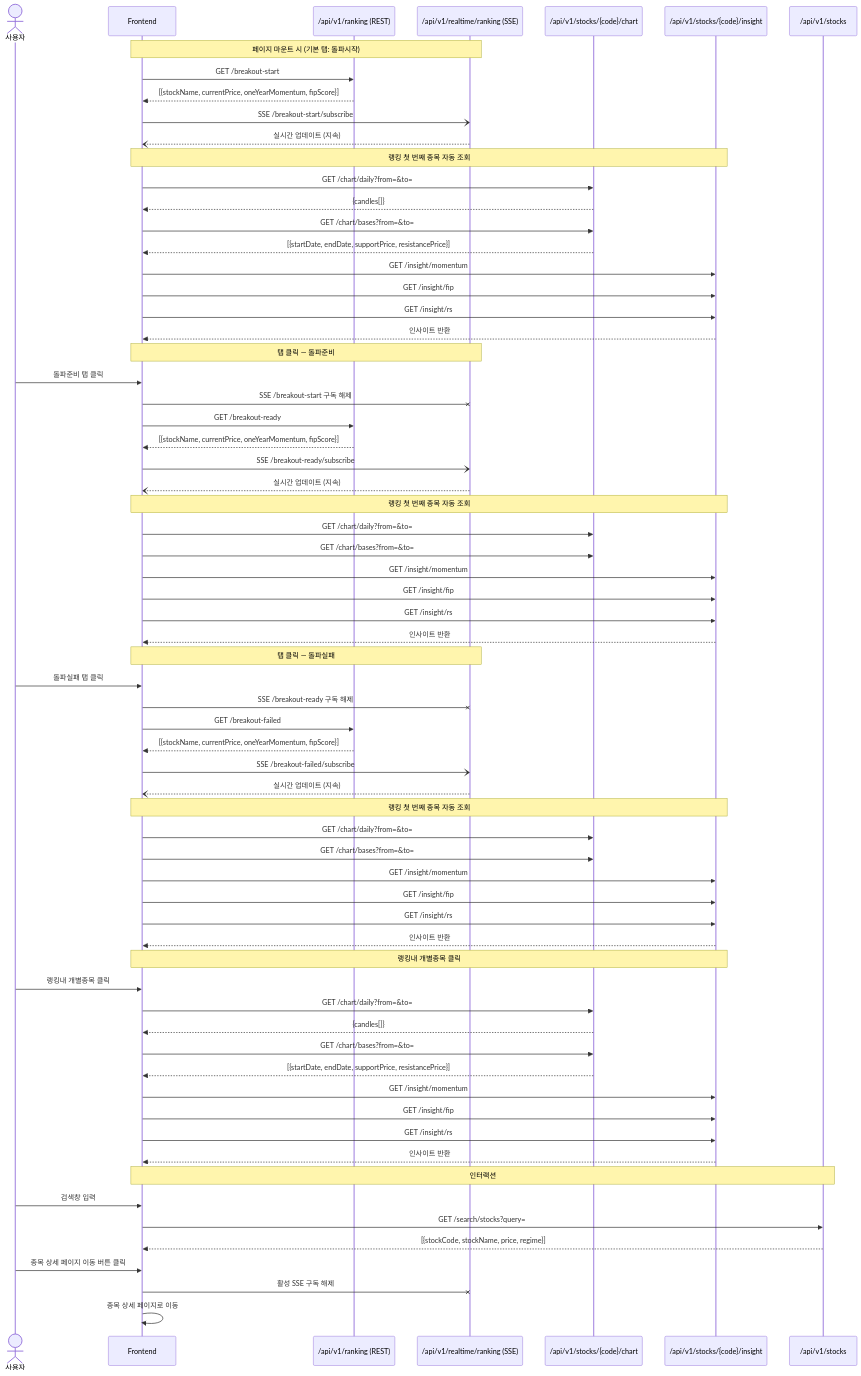
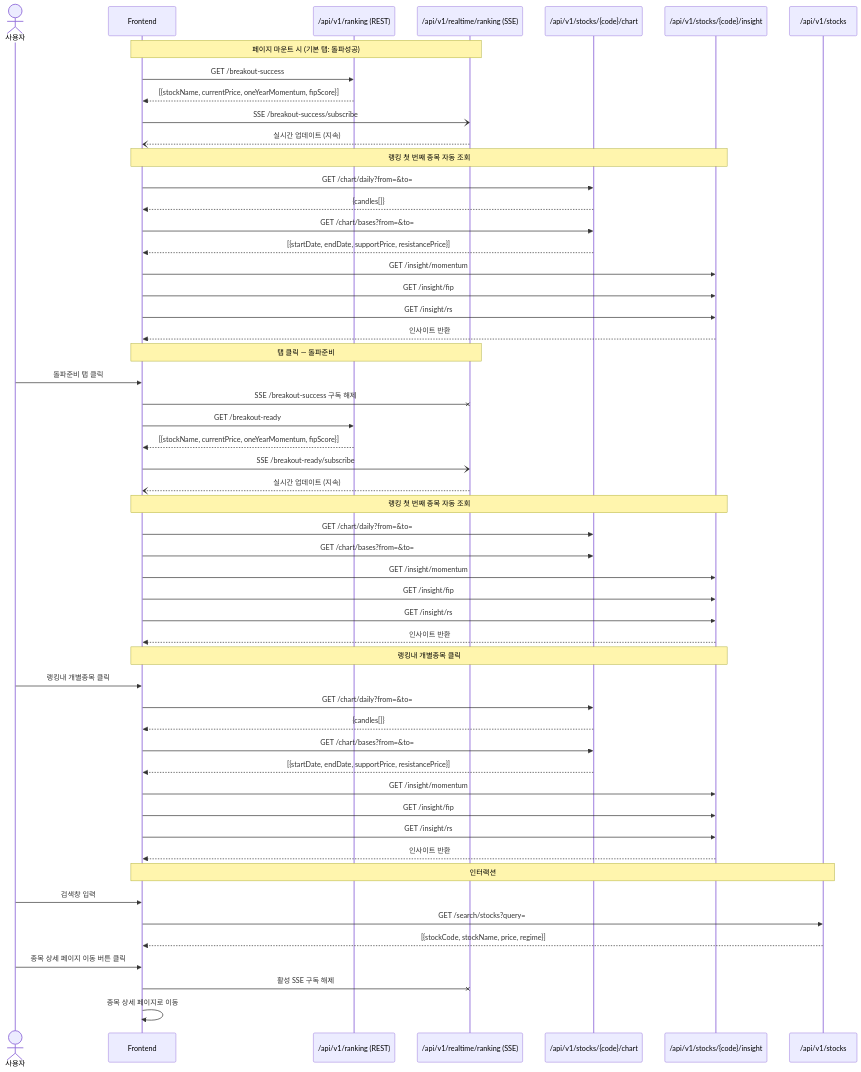
One commit to Burning-In/backend changed the third of 7 diagrams in docs/시퀀스 다이어그램.md. Above: the diagram before and after it, drawn with Mermaid. The commit also changed other lines of this file, not shown here.

Commit message:
docs: 시퀀스 다이어그램 수정

````diff
--- a/docs/시퀀스 다이어그램.md
+++ b/docs/시퀀스 다이어그램.md
@@ -58,76 +75,61 @@
 ```mermaid
 sequenceDiagram
     actor U as 사용자
     participant FE as Frontend
     participant RANK_REST as /api/v1/ranking (REST)
     participant RANK_SSE as /api/v1/realtime/ranking (SSE)
     participant CHART as /api/v1/stocks/{code}/chart
     participant INSIGHT as /api/v1/stocks/{code}/insight
     participant STOCK as /api/v1/stocks
 
-    Note over FE,RANK_SSE: 페이지 마운트 시 (기본 탭: 돌파시작)
-    FE->>RANK_REST: GET /breakout-start
+    Note over FE,RANK_SSE: 페이지 마운트 시 (기본 탭: 돌파성공)
+    FE->>RANK_REST: GET /breakout-success
     RANK_REST-->>FE: [{stockName, currentPrice, oneYearMomentum, fipScore}]
-    FE-)RANK_SSE: SSE /breakout-start/subscribe
+    FE-)RANK_SSE: SSE /breakout-success/subscribe
     RANK_SSE--)FE: 실시간 업데이트 (지속)
 
     Note over FE,INSIGHT: 랭킹 첫 번째 종목 자동 조회
     FE->>CHART: GET /chart/daily?from=&to=
     CHART-->>FE: {candles[]}
     FE->>CHART: GET /chart/bases?from=&to=
     CHART-->>FE: [{startDate, endDate, supportPrice, resistancePrice}]
     FE->>INSIGHT: GET /insight/momentum
     FE->>INSIGHT: GET /insight/fip
     FE->>INSIGHT: GET /insight/rs
     INSIGHT-->>FE: 인사이트 반환
 
     Note over FE,RANK_SSE: 탭 클릭 — 돌파준비
     U->>FE: 돌파준비 탭 클릭
-    FE-xRANK_SSE: SSE /breakout-start 구독 해제
+    FE-xRANK_SSE: SSE /breakout-success 구독 해제
     FE->>RANK_REST: GET /breakout-ready
     RANK_REST-->>FE: [{stockName, currentPrice, oneYearMomentum, fipScore}]
     FE-)RANK_SSE: SSE /breakout-ready/subscribe
-    RANK_SSE--)FE: 실시간 업데이트 (지속)
-    Note over FE,INSIGHT: 랭킹 첫 번째 종목 자동 조회
-    FE->>CHART: GET /chart/daily?from=&to=
-    FE->>CHART: GET /chart/bases?from=&to=
-    FE->>INSIGHT: GET /insight/momentum
-    FE->>INSIGHT: GET /insight/fip
-    FE->>INSIGHT: GET /insight/rs
-    INSIGHT-->>FE: 인사이트 반환
-
-    Note over FE,RANK_SSE: 탭 클릭 — 돌파실패
-    U->>FE: 돌파실패 탭 클릭
-    FE-xRANK_SSE: SSE /breakout-ready 구독 해제
-    FE->>RANK_REST: GET /breakout-failed
-    RANK_REST-->>FE: [{stockName, currentPrice, oneYearMomentum, fipScore}]
-    FE-)RANK_SSE: SSE /breakout-failed/subscribe
     RANK_SSE--)FE: 실시간 업데이트 (지속)
     Note over FE,INSIGHT: 랭킹 첫 번째 종목 자동 조회
     FE->>CHART: GET /chart/daily?from=&to=
     FE->>CHART: GET /chart/bases?from=&to=
     FE->>INSIGHT: GET /insight/momentum
     FE->>INSIGHT: GET /insight/fip
     FE->>INSIGHT: GET /insight/rs
     INSIGHT-->>FE: 인사이트 반환
 
     Note over FE,INSIGHT: 랭킹내 개별종목 클릭
     U->>FE: 랭킹내 개별종목 클릭
     FE->>CHART: GET /chart/daily?from=&to=
     CHART-->>FE: {candles[]}
     FE->>CHART: GET /chart/bases?from=&to=
     CHART-->>FE: [{startDate, endDate, supportPrice, resistancePrice}]
     FE->>INSIGHT: GET /insight/momentum
     FE->>INSIGHT: GET /insight/fip
     FE->>INSIGHT: GET /insight/rs
     INSIGHT-->>FE: 인사이트 반환
 
     Note over FE,STOCK: 인터랙션
     U->>FE: 검색창 입력
     FE->>STOCK: GET /search/stocks?query=
     STOCK-->>FE: [{stockCode, stockName, price, regime}]
 
     U->>FE: 종목 상세 페이지 이동 버튼 클릭
     FE-xRANK_SSE: 활성 SSE 구독 해제
     FE->>FE: 종목 상세 페이지로 이동
 ```
````
